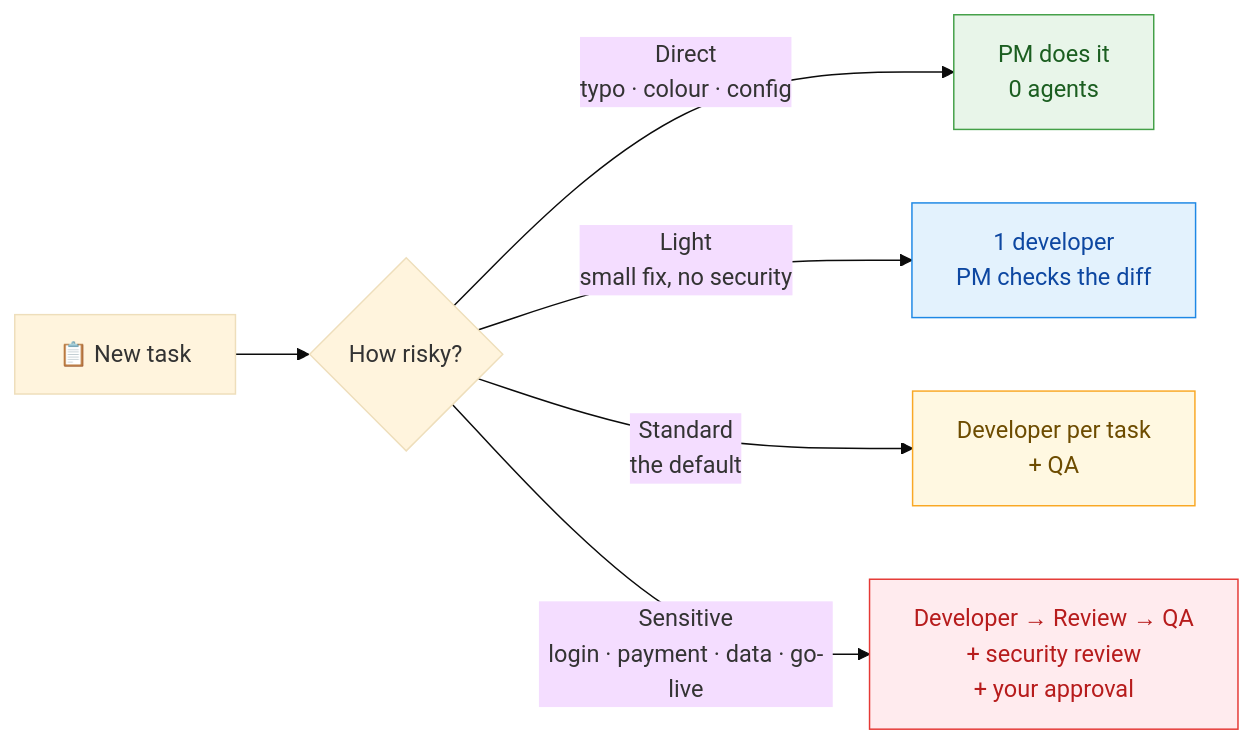
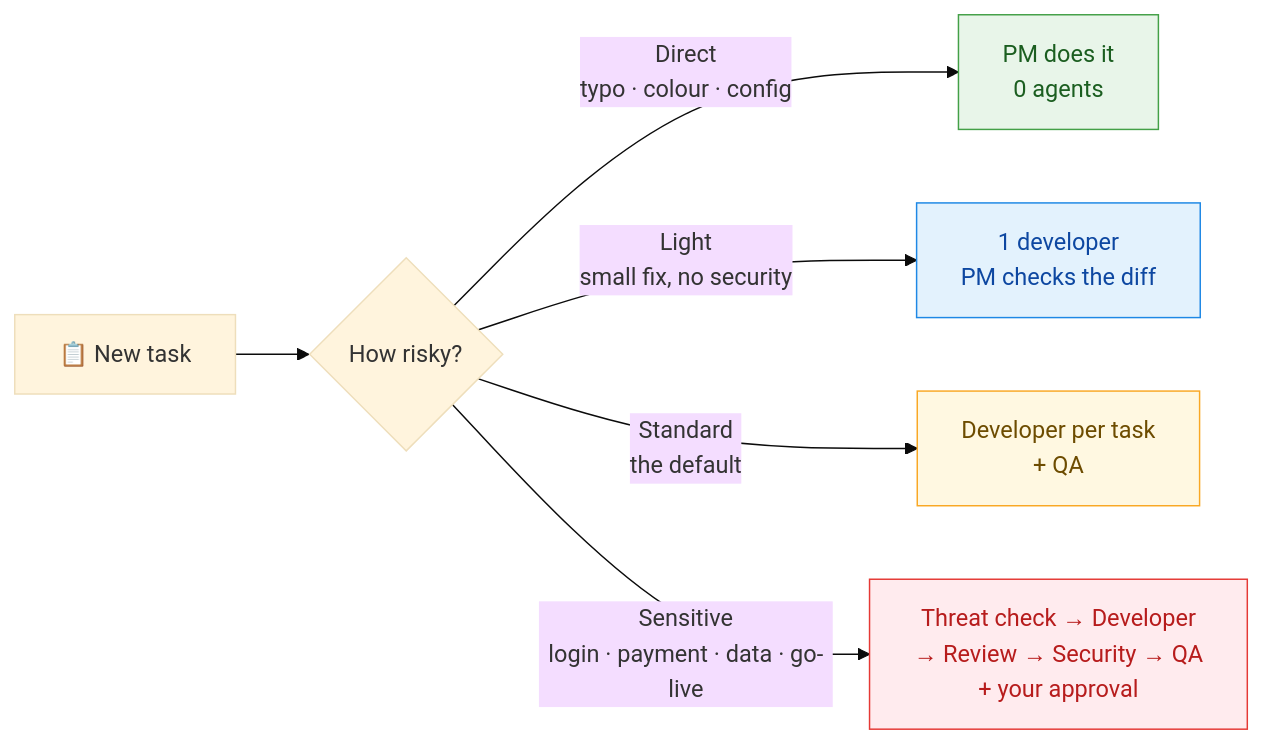
One commit to pitcrew-dev/pitcrew changed the third of 4 diagrams in README.md. Above: the diagram before and after it, drawn with Mermaid (base theme). The commit also changed other lines of this file and 5 other files, not shown here.

````diff
--- a/README.md
+++ b/README.md
@@ -135,13 +137,13 @@
 ```mermaid
 flowchart LR
     T["📋 New task"] --> L{"How risky?"}
     L -->|"Direct<br/>typo · colour · config"| A["PM does it<br/>0 agents"]
     L -->|"Light<br/>small fix, no security"| B["1 developer<br/>PM checks the diff"]
     L -->|"Standard<br/>the default"| C["Developer per task<br/>+ QA"]
-    L -->|"Sensitive<br/>login · payment · data · go-live"| D["Developer → Review → QA<br/>+ security review<br/>+ your approval"]
+    L -->|"Sensitive<br/>login · payment · data · go-live"| D["Threat check → Developer<br/>→ Review → Security → QA<br/>+ your approval"]
 
     style A fill:#e8f5e9,stroke:#43a047,color:#1b5e20
     style B fill:#e3f2fd,stroke:#1e88e5,color:#0d47a1
     style C fill:#fff8e1,stroke:#f9a825,color:#6d4c00
     style D fill:#ffebee,stroke:#e53935,color:#b71c1c
 ```
````
